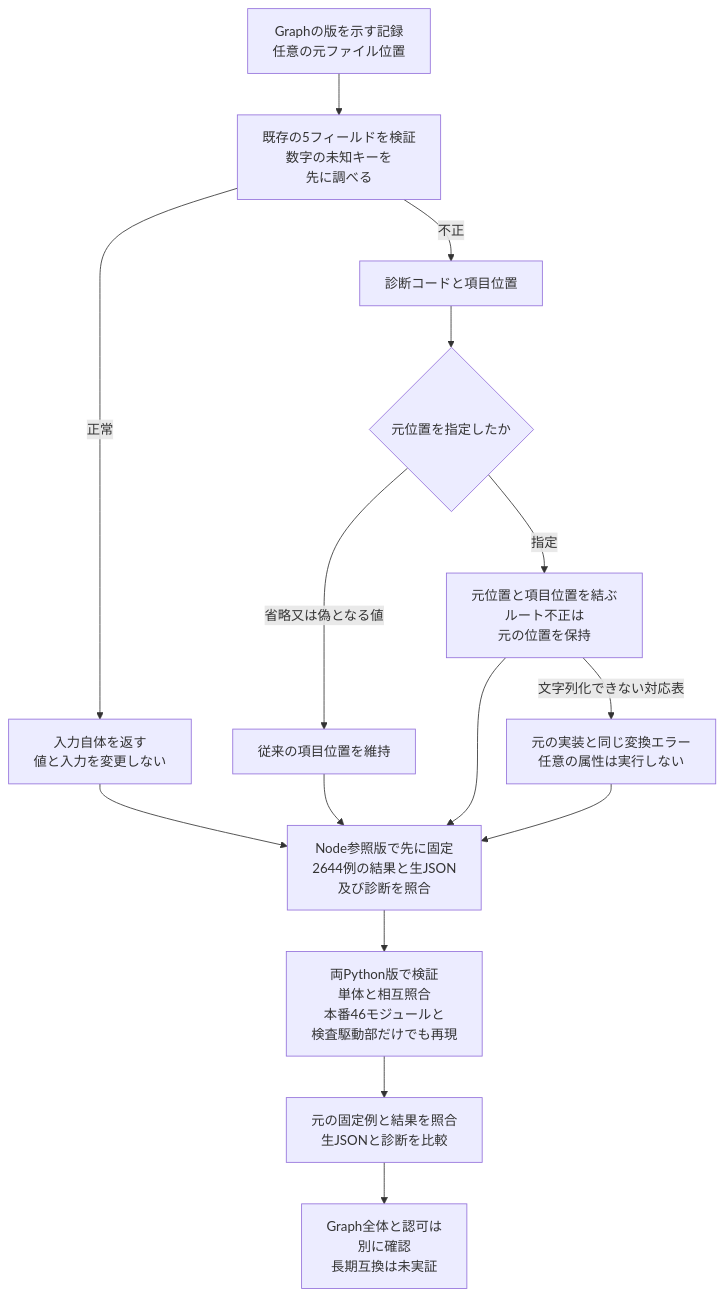
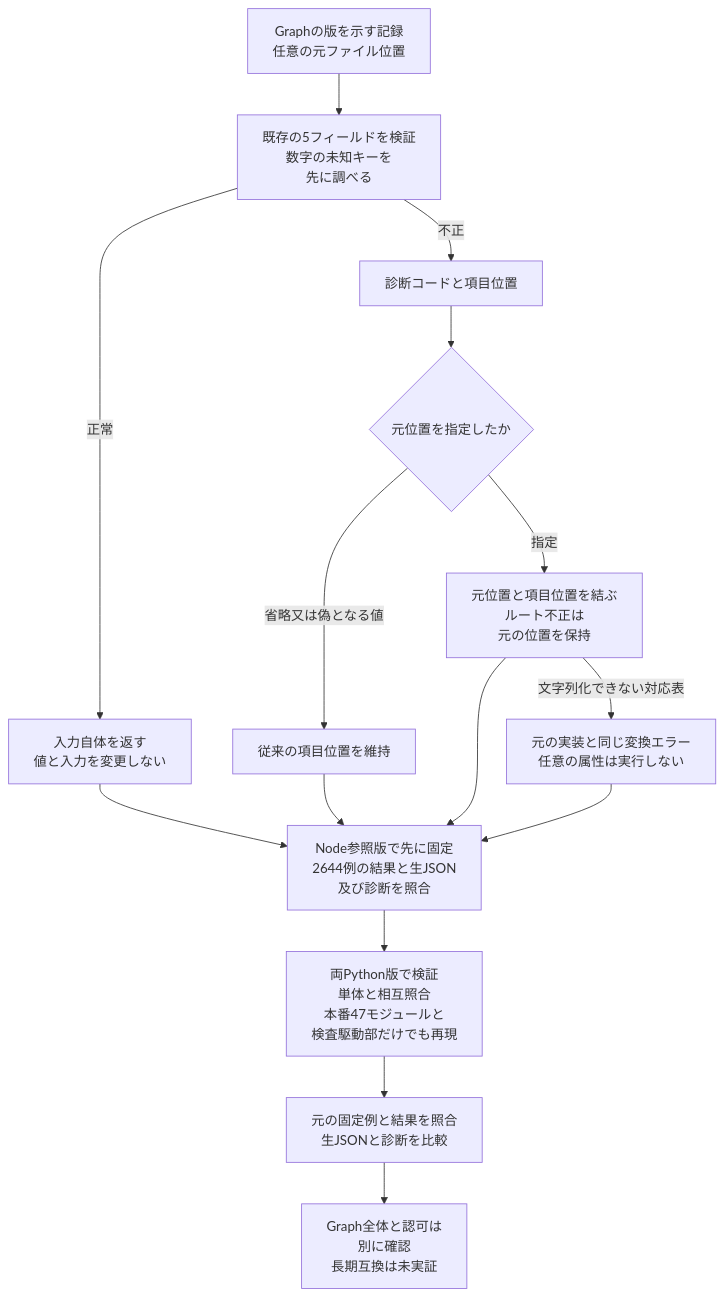
One commit to koukemo/morivyx changed the diagram in docs/diagrams/python-graph-revision.mmd. Above: the diagram before and after it, drawn with Mermaid. The commit also changed 48 other files, not shown here.

```diff
--- a/docs/diagrams/python-graph-revision.mmd
+++ b/docs/diagrams/python-graph-revision.mmd
@@ -1,15 +1,15 @@
 flowchart TD
   A[Graphの版を示す記録<br/>任意の元ファイル位置] --> B[既存の5フィールドを検証<br/>数字の未知キーを<br/>先に調べる]
   B -->|正常| C[入力自体を返す<br/>値と入力を変更しない]
   B -->|不正| D[診断コードと項目位置]
   D --> E{元位置を指定したか}
   E -->|省略又は偽となる値| F[従来の項目位置を維持]
   E -->|指定| G[元位置と項目位置を結ぶ<br/>ルート不正は<br/>元の位置を保持]
   G -->|文字列化できない対応表| H[元の実装と同じ変換エラー<br/>任意の属性は実行しない]
   C --> I[Node参照版で先に固定<br/>2644例の結果と生JSON<br/>及び診断を照合]
   F --> I
   G --> I
   H --> I
-  I --> J[両Python版で検証<br/>単体と相互照合<br/>本番46モジュールと<br/>検査駆動部だけでも再現]
+  I --> J[両Python版で検証<br/>単体と相互照合<br/>本番47モジュールと<br/>検査駆動部だけでも再現]
   J --> K[元の固定例と結果を照合<br/>生JSONと診断を比較]
   K --> L[Graph全体と認可は<br/>別に確認<br/>長期互換は未実証]
```
